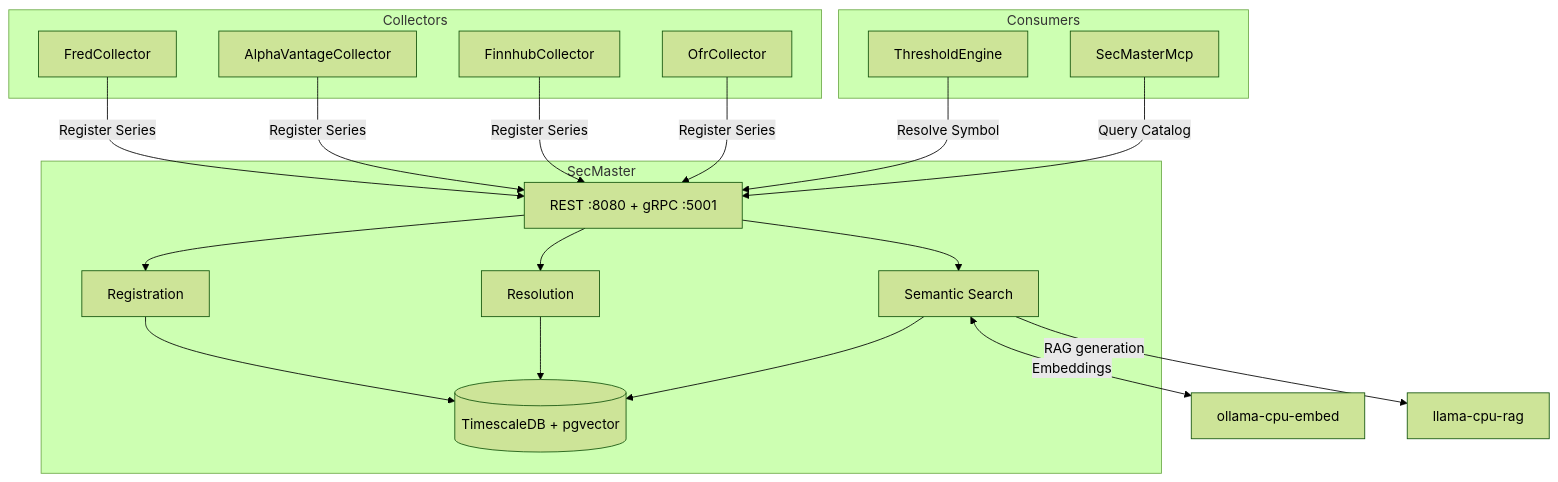
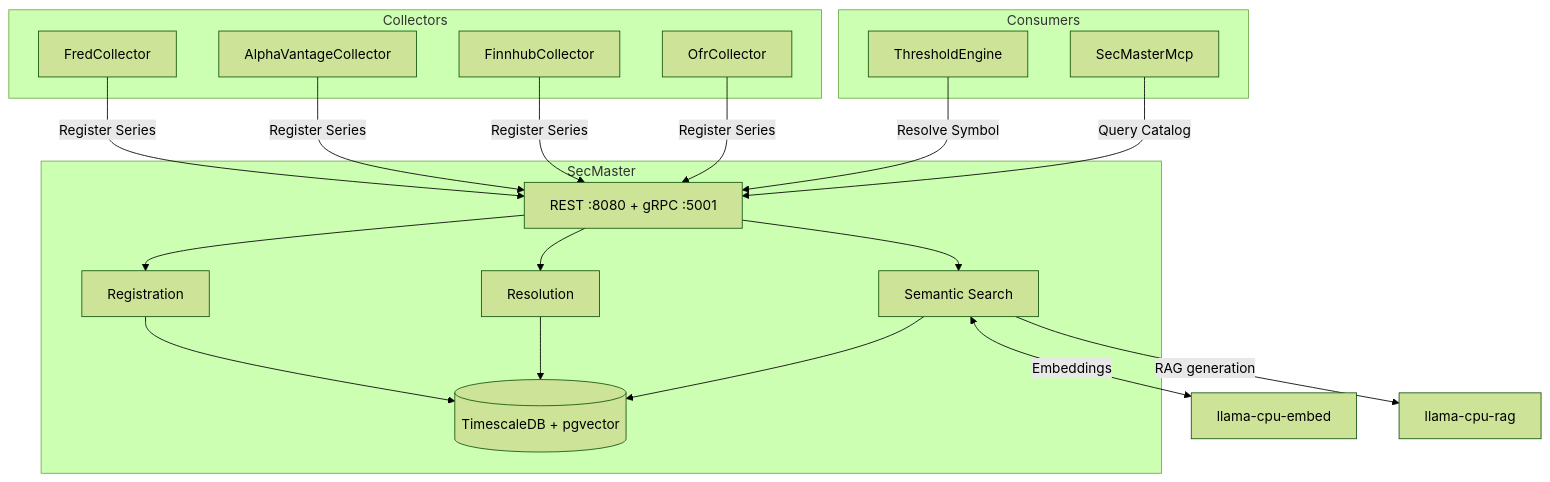
One commit to jpansarasa/ATLAS-Docs changed the diagram in SecMaster/README.md. Above: the diagram before and after it, drawn with Mermaid (forest theme). The commit also changed other lines of this file and 8 other files, not shown here.

````diff
--- a/SecMaster/README.md
+++ b/SecMaster/README.md
@@ -13,30 +13,30 @@
 ```mermaid
 flowchart TD
     subgraph Collectors
         FC[FredCollector]
         AV[AlphaVantageCollector]
         FH[FinnhubCollector]
         OFR[OfrCollector]
     end
 
     subgraph SecMaster
         API[REST :8080 + gRPC :5001]
         REG[Registration]
         RES[Resolution]
         SEM[Semantic Search]
         DB[(TimescaleDB + pgvector)]
     end
 
     subgraph Consumers
         TE[ThresholdEngine]
         MCP[SecMasterMcp]
     end
 
     FC & AV & FH & OFR -->|Register Series| API
     API --> REG --> DB
     TE -->|Resolve Symbol| API
     MCP -->|Query Catalog| API
     API --> RES & SEM --> DB
-    SEM <-->|Embeddings| OLLAMA[ollama-cpu-embed]
+    SEM <-->|Embeddings| LCE[llama-cpu-embed]
     SEM -->|RAG generation| LCR[llama-cpu-rag]
 ```
````
